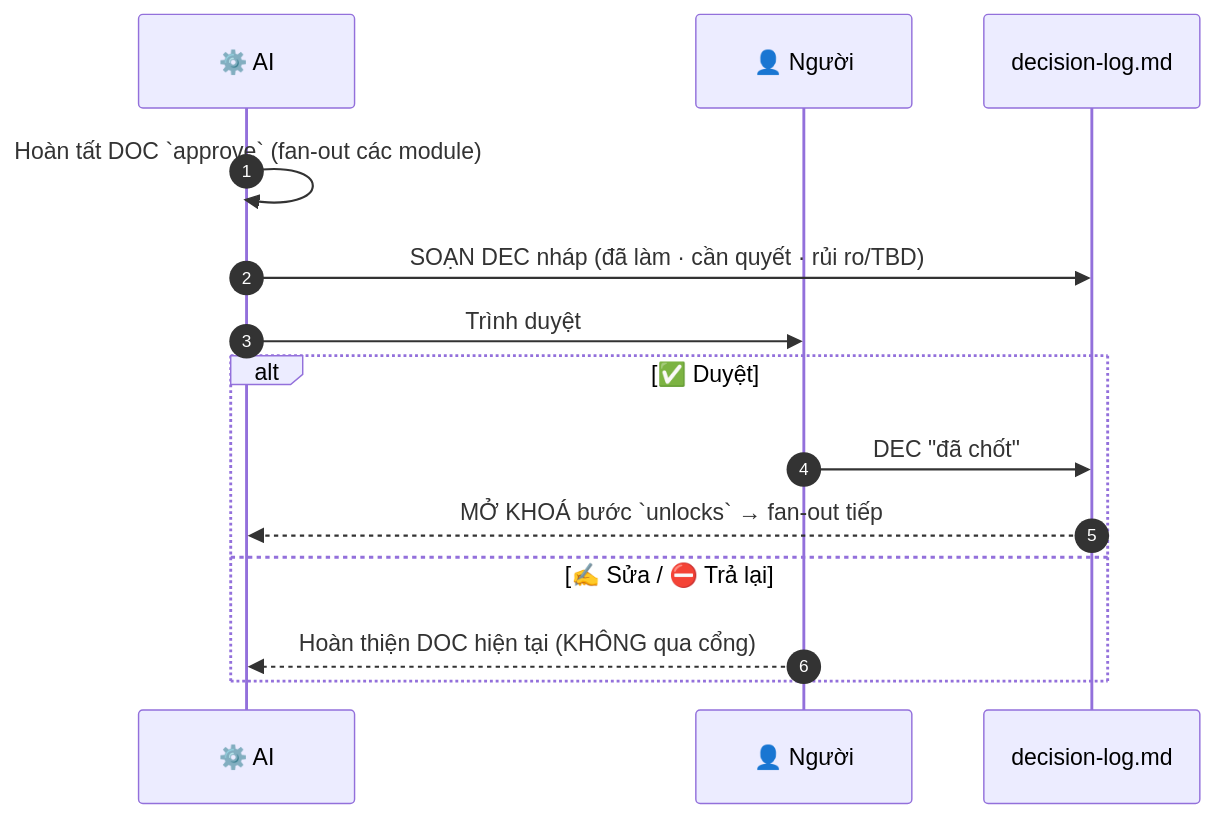
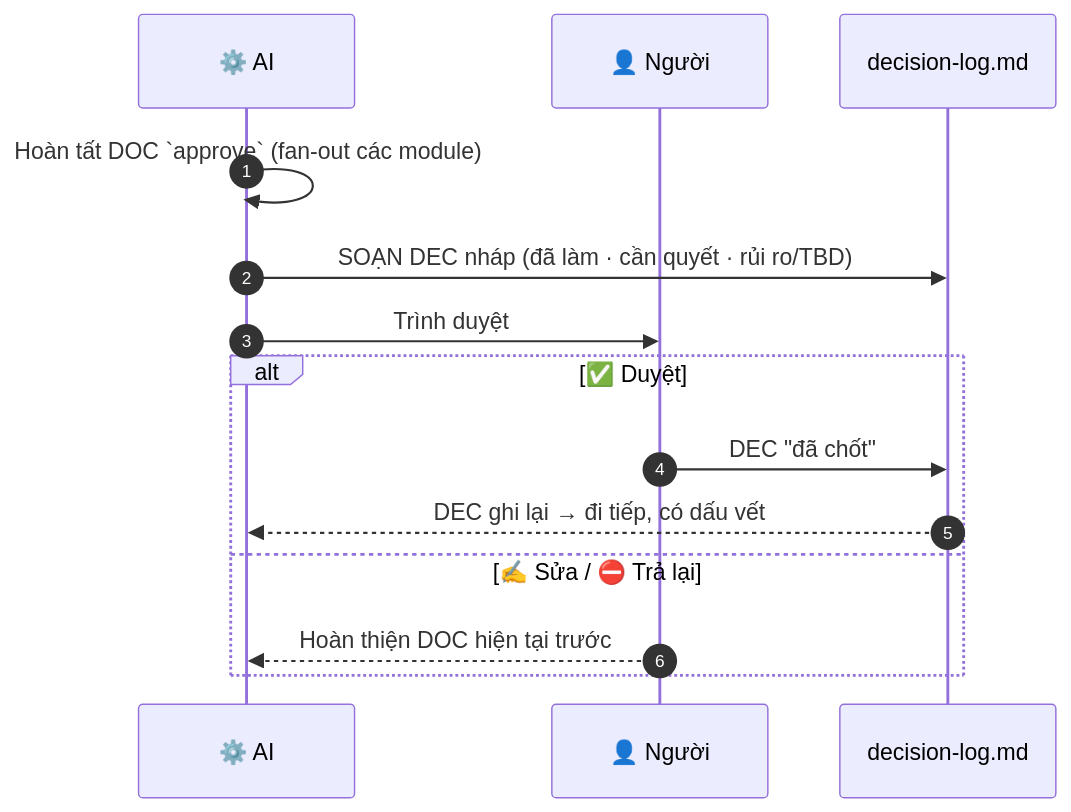
The diagram in minipower/agents/approval-gate.md (hoangnh2412/ai-skills), drawn with Mermaid before and after one commit. The commit also changed other lines of this file and 7 other files, not shown here.

````diff
--- a/minipower/agents/approval-gate.md
+++ b/minipower/agents/approval-gate.md
@@ -25,16 +31,16 @@
 ```mermaid
 sequenceDiagram
   autonumber
   participant AI as ⚙️ AI
   participant H as 👤 Người
   participant D as decision-log.md
   AI->>AI: Hoàn tất DOC `approve` (fan-out các module)
   AI->>D: SOẠN DEC nháp (đã làm · cần quyết · rủi ro/TBD)
   AI->>H: Trình duyệt
   alt ✅ Duyệt
     H->>D: DEC "đã chốt"
-    D-->>AI: MỞ KHOÁ bước `unlocks` → fan-out tiếp
+    D-->>AI: DEC ghi lại → đi tiếp, có dấu vết
   else ✍️ Sửa / ⛔ Trả lại
-    H-->>AI: Hoàn thiện DOC hiện tại (KHÔNG qua cổng)
+    H-->>AI: Hoàn thiện DOC hiện tại trước
   end
 ```
````
